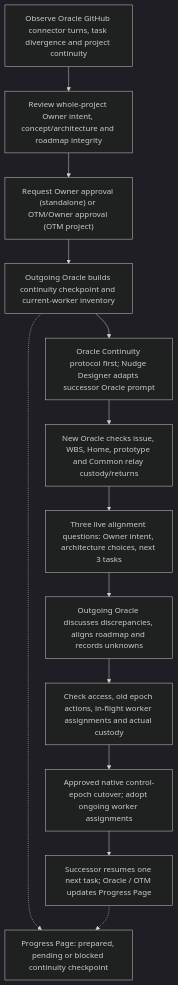
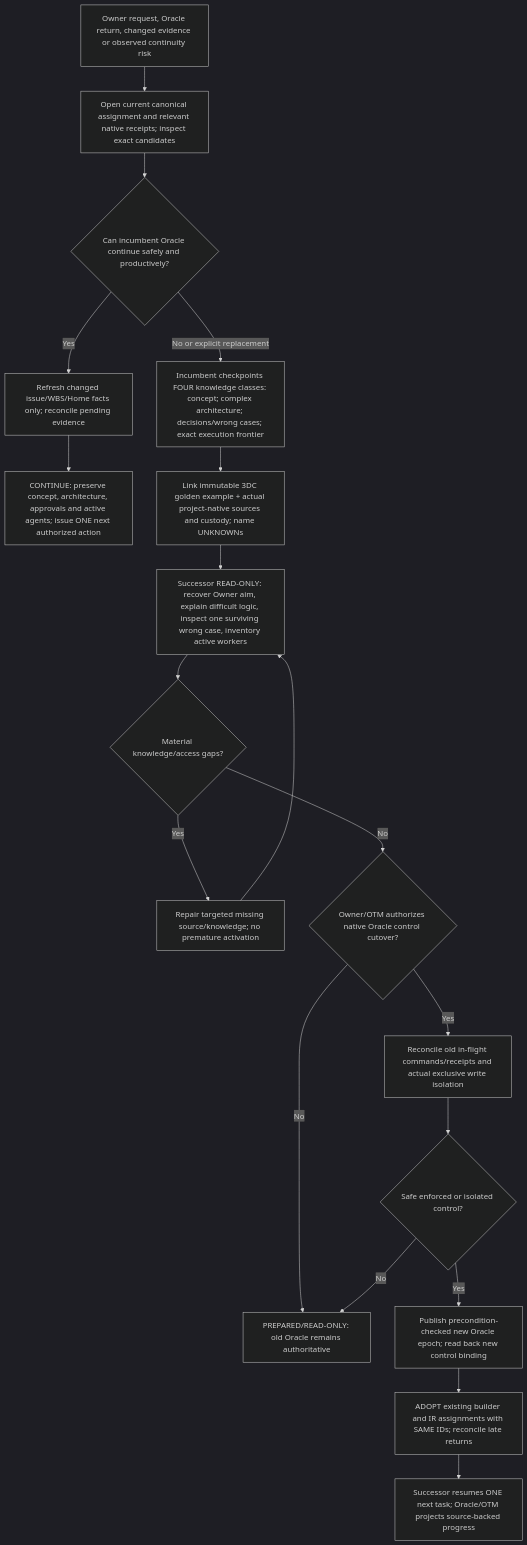
One commit to reallakshman19/Common changed the fifth of 5 diagrams in skills/agent-work/ENTRY_PROCESS_MAPS.md. Above: the diagram before and after it, drawn with Mermaid (dark theme). The commit also changed other lines of this file, not shown here.

Commit message:
docs(agent-work): executable spine with measured agent and Oracle continuity

````diff
--- a/skills/agent-work/ENTRY_PROCESS_MAPS.md
+++ b/skills/agent-work/ENTRY_PROCESS_MAPS.md
@@ -152,16 +160,22 @@
 ```mermaid
 flowchart TD
-  E0["Observe Oracle GitHub connector turns, task divergence and project continuity"]
-  E0 --> E1["Review whole-project Owner intent, concept/architecture and roadmap integrity"]
-  E1 --> E2["Request Owner approval (standalone) or OTM/Owner approval (OTM project)"]
-  E2 --> E3["Outgoing Oracle builds continuity checkpoint and current-worker inventory"]
-  E3 --> E4["Oracle Continuity protocol first; Nudge Designer adapts successor Oracle prompt"]
-  E4 --> E5["New Oracle checks issue, WBS, Home, prototype and Common relay custody/returns"]
-  E5 --> E6["Three live alignment questions: Owner intent, architecture choices, next 3 tasks"]
-  E6 --> E7["Outgoing Oracle discusses discrepancies, aligns roadmap and records unknowns"]
-  E7 --> E8["Check access, old epoch actions, in-flight worker assignments and actual custody"]
-  E8 --> E9["Approved native control-epoch cutover; adopt ongoing worker assignments"]
-  E9 --> E10["Successor resumes one next task; Oracle / OTM updates Progress Page"]
-  E3 -.-> EP["Progress Page: prepared, pending or blocked continuity checkpoint"]
-  E10 -.-> EP
+  E0["Owner request, Oracle return, changed evidence or observed continuity risk"]
+  E0 --> E1["Open current canonical assignment and relevant native receipts; inspect exact candidates"]
+  E1 --> E2{"Can incumbent Oracle continue safely and productively?"}
+  E2 -->|Yes| E3["Refresh changed issue/WBS/Home facts only; reconcile pending evidence"]
+  E3 --> E4["CONTINUE: preserve concept, architecture, approvals and active agents; issue ONE next authorized action"]
+  E2 -->|No or explicit replacement| E5["Incumbent checkpoints FOUR knowledge classes: concept; complex architecture; decisions/wrong cases; exact execution frontier"]
+  E5 --> E6["Link immutable 3DC golden example + actual project-native sources and custody; name UNKNOWNs"]
+  E6 --> E7["Successor READ-ONLY: recover Owner aim, explain difficult logic, inspect one surviving wrong case, inventory active workers"]
+  E7 --> E8{"Material knowledge/access gaps?"}
+  E8 -->|Yes| EX["Repair targeted missing source/knowledge; no premature activation"]
+  EX --> E7
+  E8 -->|No| E9{"Owner/OTM authorizes native Oracle control cutover?"}
+  E9 -->|No| EH["PREPARED/READ-ONLY: old Oracle remains authoritative"]
+  E9 -->|Yes| E10["Reconcile old in-flight commands/receipts and actual exclusive write isolation"]
+  E10 --> E11{"Safe enforced or isolated control?"}
+  E11 -->|No| EH
+  E11 -->|Yes| E12["Publish precondition-checked new Oracle epoch; read back new control binding"]
+  E12 --> E13["ADOPT existing builder and IR assignments with SAME IDs; reconcile late returns"]
+  E13 --> E14["Successor resumes ONE next task; Oracle/OTM projects source-backed progress"]
 ```
````
